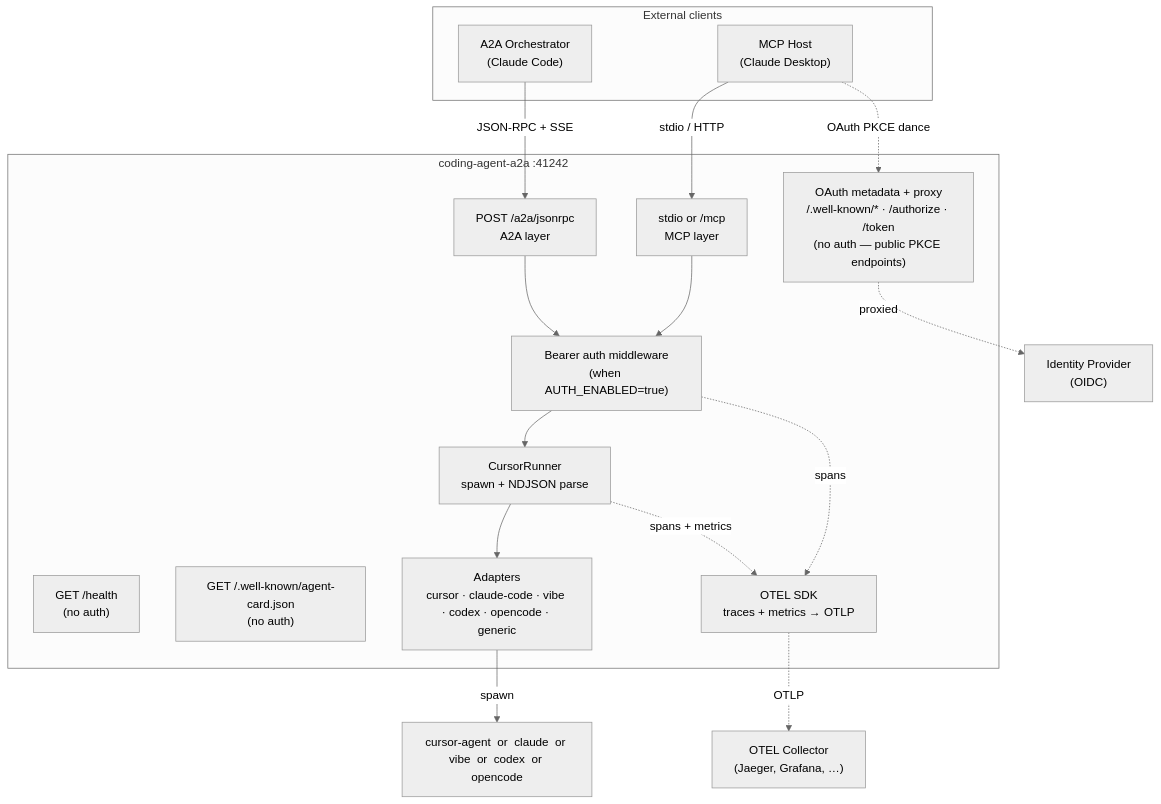
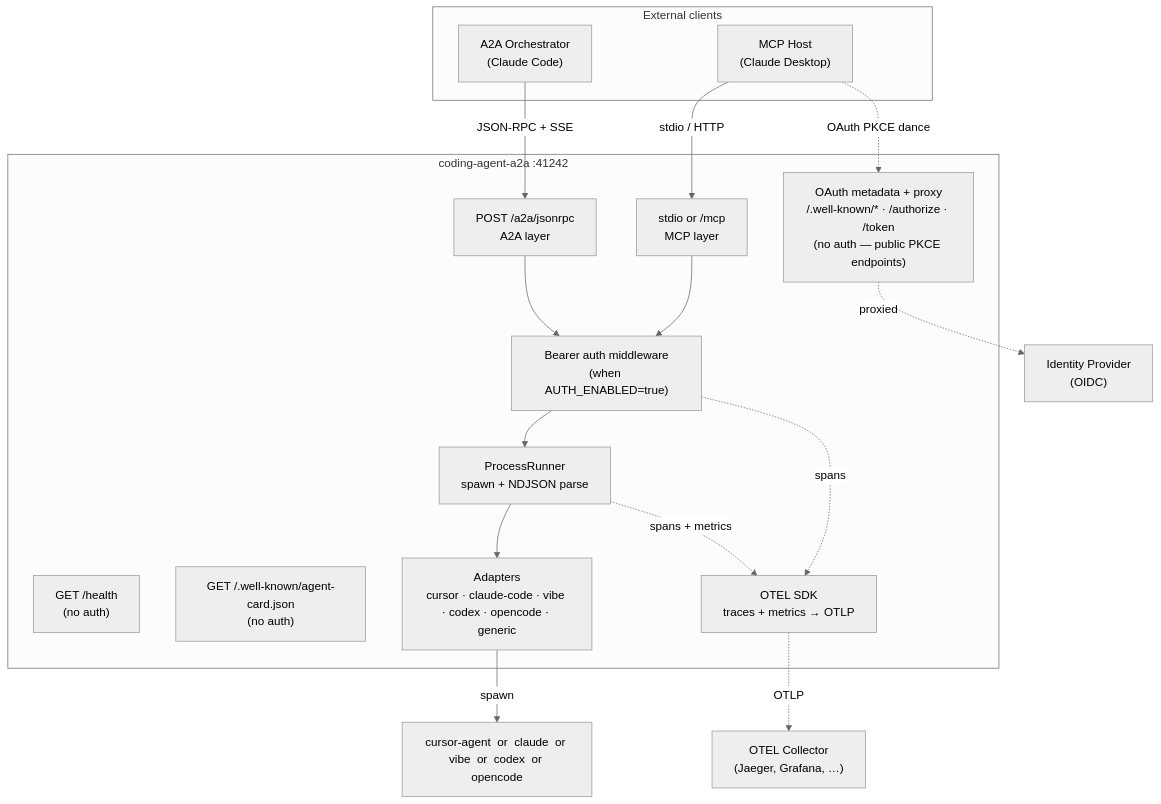
One commit to casabre/coding-agent-a2a changed the diagram in README.md. Above: the diagram before and after it, drawn with Mermaid (neutral theme). The commit also changed 20 other files, not shown here.

First line of the commit message:
refactor: introduce Runner port and ProcessAdapter, rename Cursor* core

````diff
--- a/README.md
+++ b/README.md
@@ -54,36 +54,36 @@
 ```mermaid
 graph TB
     subgraph Clients["External clients"]
         MCPHost["MCP Host\n(Claude Desktop)"]
         A2AClient["A2A Orchestrator\n(Claude Code)"]
     end
 
     subgraph Server["coding-agent-a2a  :41242"]
         Health["GET /health\n(no auth)"]
         AgentCard["GET /.well-known/agent-card.json\n(no auth)"]
         AuthMeta["OAuth metadata + proxy\n/.well-known/* · /authorize · /token\n(no auth — public PKCE endpoints)"]
         AuthMW["Bearer auth middleware\n(when AUTH_ENABLED=true)"]
         A2ARoute["POST /a2a/jsonrpc\nA2A layer"]
         MCPRoute["stdio or /mcp\nMCP layer"]
-        Runner["CursorRunner\nspawn + NDJSON parse"]
+        Runner["ProcessRunner\nspawn + NDJSON parse"]
         Adapters["Adapters\ncursor · claude-code · vibe · codex · opencode · generic"]
         OTEL["OTEL SDK\ntraces + metrics → OTLP"]
     end
 
     IdP["Identity Provider\n(OIDC)"]
     CLI["cursor-agent  or  claude  or  vibe  or  codex  or  opencode"]
     Collector["OTEL Collector\n(Jaeger, Grafana, …)"]
 
     MCPHost   -->|"stdio / HTTP"| MCPRoute
     A2AClient -->|"JSON-RPC + SSE"| A2ARoute
     MCPHost   -.->|"OAuth PKCE dance"| AuthMeta
     AuthMeta  -.->|"proxied"| IdP
     A2ARoute  --> AuthMW
     MCPRoute  --> AuthMW
     AuthMW    --> Runner
     Runner    --> Adapters
     Adapters  -->|spawn| CLI
     Runner    -.->|spans + metrics| OTEL
     AuthMW    -.->|spans| OTEL
     OTEL      -.->|OTLP| Collector
 ```
````
